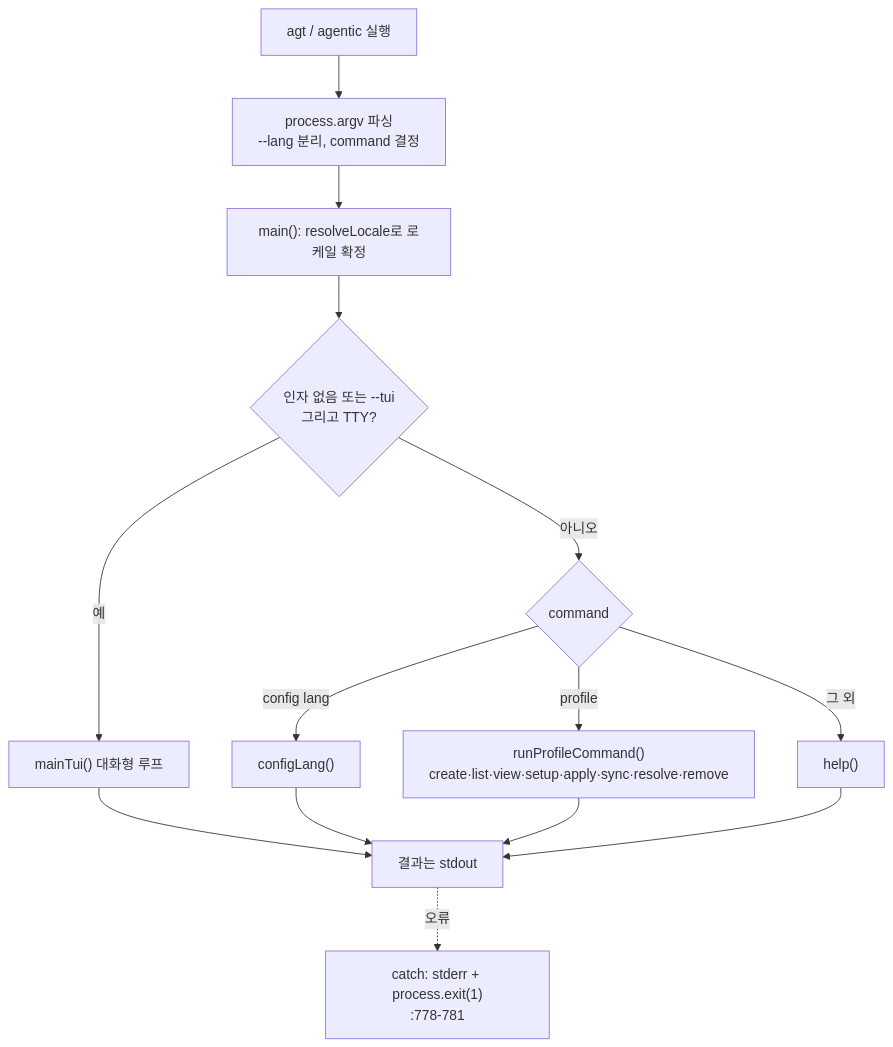
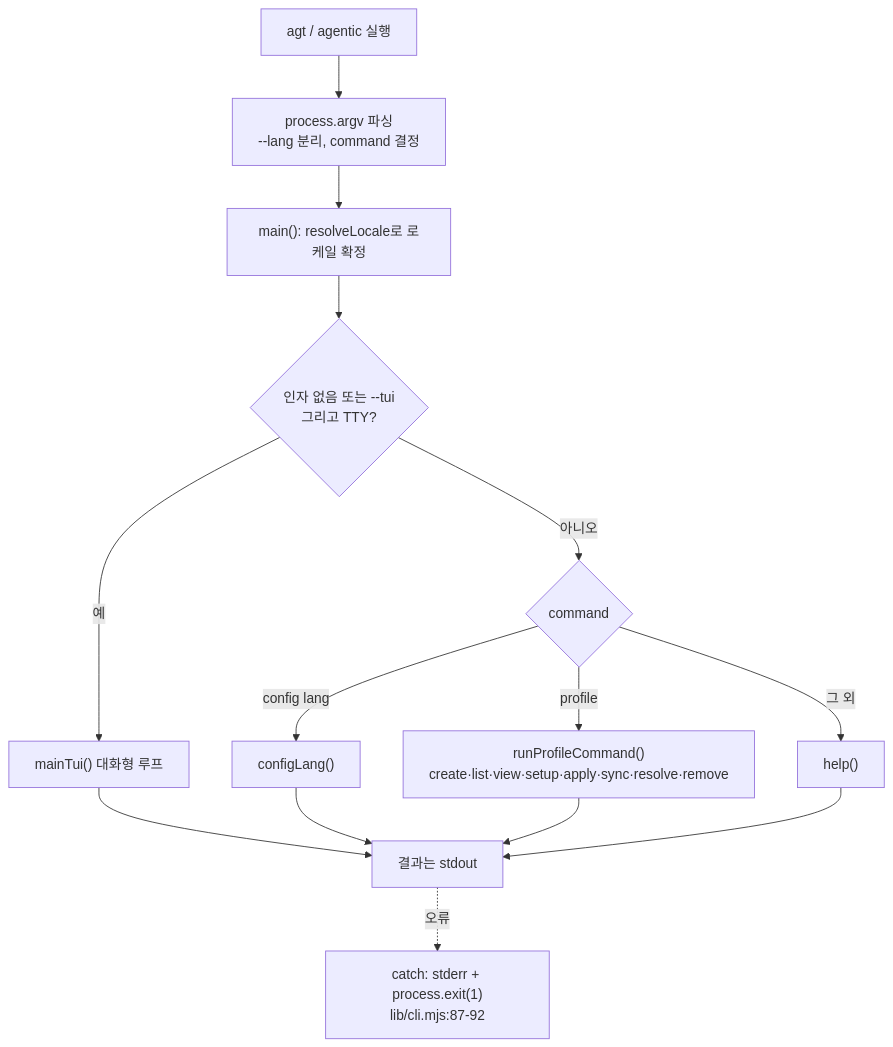
Before and after one commit to IsthisLee/agent-context-manager: the second of 8 diagrams in docs/architecture/implementation-mechanics.md, drawn with Mermaid. The commit also changed other lines of this file and 39 other files, not shown here.

First line of the commit message:
refactor: CLI 로직을 bin/에서 lib/ 모듈로 나눈다

````diff
--- a/docs/architecture/implementation-mechanics.md
+++ b/docs/architecture/implementation-mechanics.md
@@ -70,16 +78,16 @@
 ```mermaid
 flowchart TD
   A["agt / agentic 실행"] --> B["process.argv 파싱<br/>--lang 분리, command 결정"]
   B --> C["main(): resolveLocale로 로케일 확정"]
   C --> D{"인자 없음 또는 --tui<br/>그리고 TTY?"}
   D -->|"예"| TUI["mainTui() 대화형 루프"]
   D -->|"아니오"| E{"command"}
   E -->|"config lang"| LANG["configLang()"]
   E -->|"profile"| PROF["runProfileCommand()<br/>create·list·view·setup·apply·sync·resolve·remove"]
   E -->|"그 외"| HELP["help()"]
   TUI --> Z["결과는 stdout"]
   LANG --> Z
   PROF --> Z
   HELP --> Z
-  Z -.->|"오류"| ERR["catch: stderr + process.exit(1)<br/>:778-781"]
+  Z -.->|"오류"| ERR["catch: stderr + process.exit(1)<br/>lib/cli.mjs:87-92"]
 ```
````
